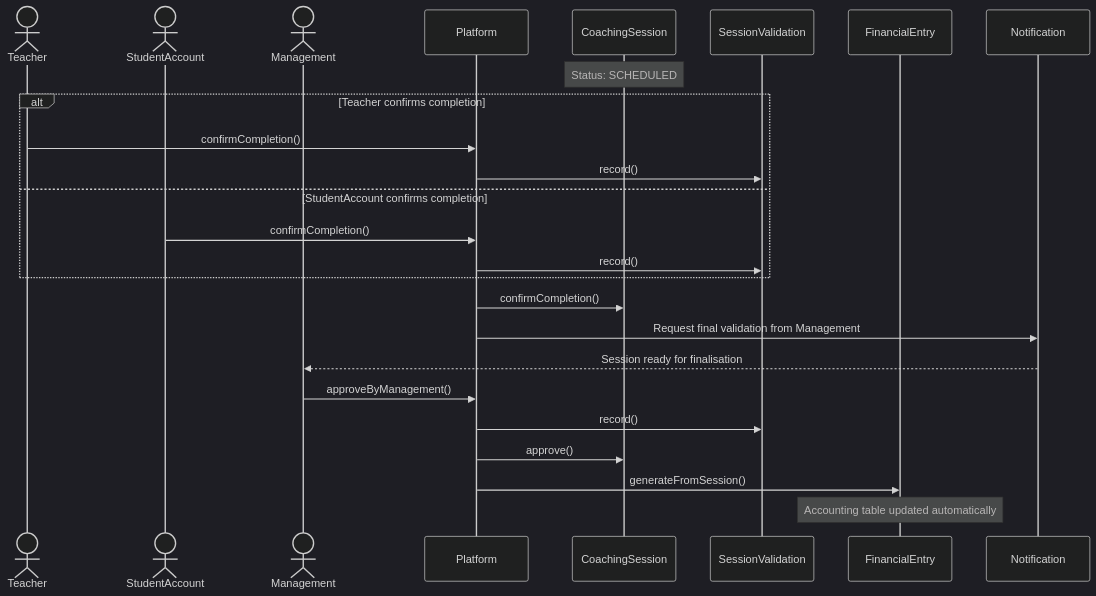
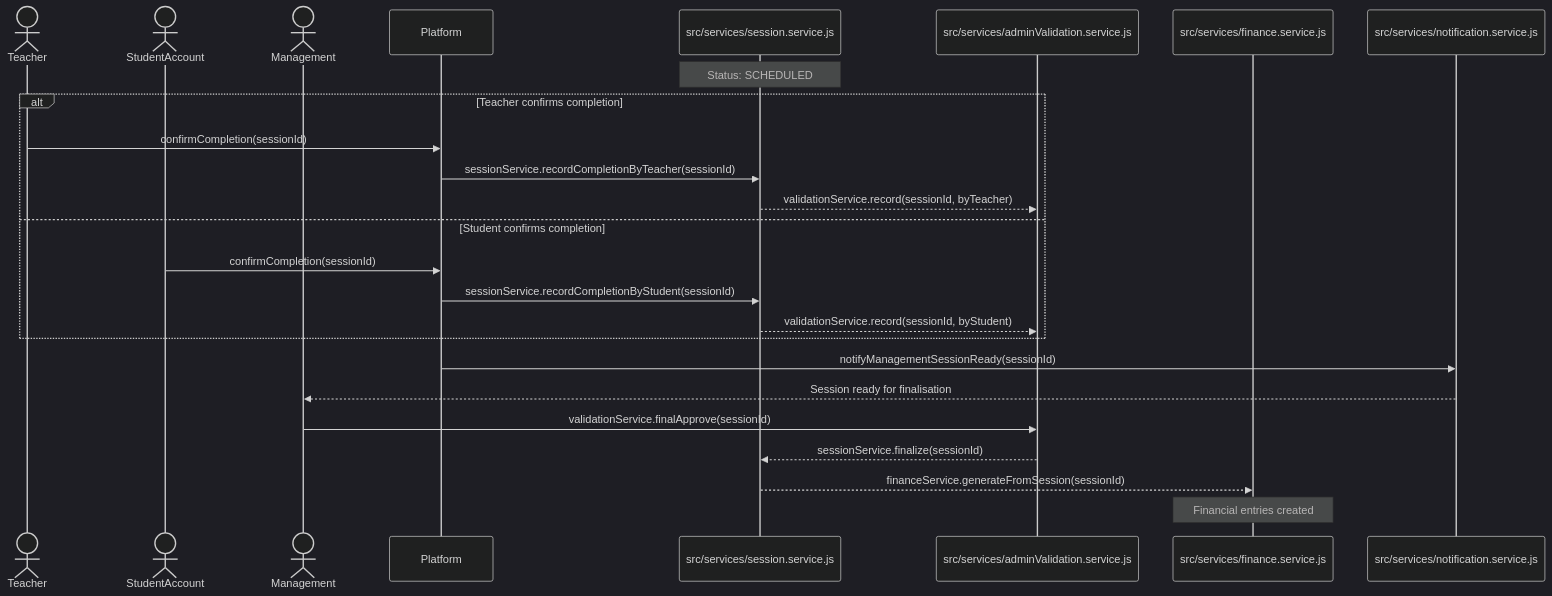
Before and after one commit to NovaLogic-Systems/gestArtes-docs: the third of 11 diagrams in diagrams/Sequence Diagram/sequencediagram.md, drawn with Mermaid (dark theme). The commit also changed other lines of this file and 2 other files, not shown here.

Commit message:
Refactor sequence diagrams and add class diagram structure

````diff
--- a/diagrams/Sequence Diagram/sequencediagram.md
+++ b/diagrams/Sequence Diagram/sequencediagram.md
@@ -69,28 +68,28 @@
 ```mermaid
 sequenceDiagram
     actor Teacher
     actor Student as StudentAccount
     actor Management
-    participant Platform
-    participant CoachingSession
-    participant SessionValidation
-    participant FinancialEntry
-    participant Notification
+    participant Frontend as Platform
+    participant SessionService as src/services/session.service.js
+    participant ValidationService as src/services/adminValidation.service.js
+    participant FinanceService as src/services/finance.service.js
+    participant NotificationService as src/services/notification.service.js
 
-    Note over CoachingSession: Status: SCHEDULED
+    Note over SessionService: Status: SCHEDULED
     alt Teacher confirms completion
-        Teacher->>Platform: confirmCompletion()
-        Platform->>SessionValidation: record()
-    else StudentAccount confirms completion
-        Student->>Platform: confirmCompletion()
-        Platform->>SessionValidation: record()
+        Teacher->>Frontend: confirmCompletion(sessionId)
+        Frontend->>SessionService: sessionService.recordCompletionByTeacher(sessionId)
+        SessionService-->>ValidationService: validationService.record(sessionId, byTeacher)
+    else Student confirms completion
+        Student->>Frontend: confirmCompletion(sessionId)
+        Frontend->>SessionService: sessionService.recordCompletionByStudent(sessionId)
+        SessionService-->>ValidationService: validationService.record(sessionId, byStudent)
     end
-    Platform->>CoachingSession: confirmCompletion()
-    Platform->>Notification: Request final validation from Management
-    Notification-->>Management: Session ready for finalisation
-    Management->>Platform: approveByManagement()
-    Platform->>SessionValidation: record()
-    Platform->>CoachingSession: approve()
-    Platform->>FinancialEntry: generateFromSession()
-    Note over FinancialEntry: Accounting table updated automatically
+    Frontend->>NotificationService: notifyManagementSessionReady(sessionId)
+    NotificationService-->>Management: Session ready for finalisation
+    Management->>ValidationService: validationService.finalApprove(sessionId)
+    ValidationService-->>SessionService: sessionService.finalize(sessionId)
+    SessionService-->>FinanceService: financeService.generateFromSession(sessionId)
+    Note over FinanceService: Financial entries created
 ```
````
